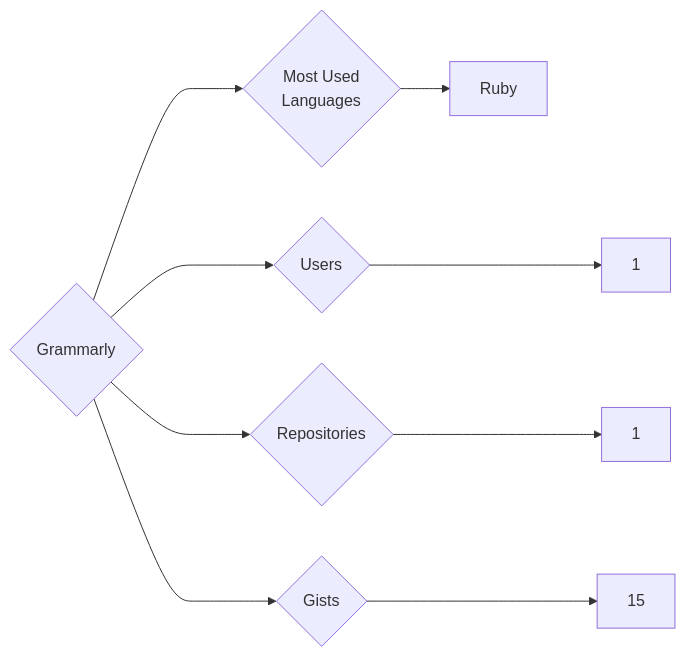
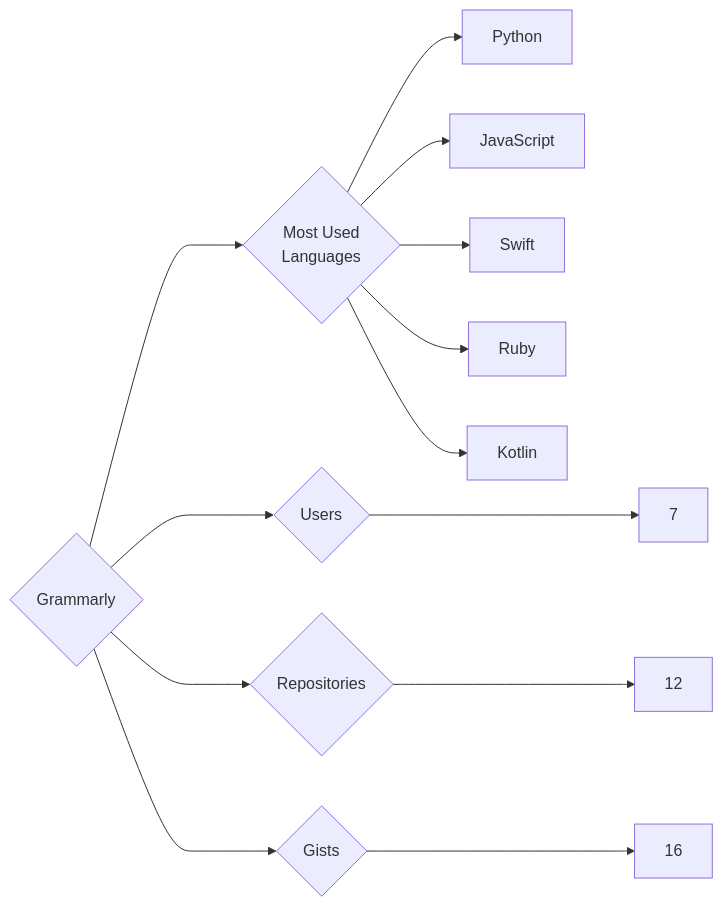
Before and after one commit to trickest/insiders: the diagram in targets/Grammarly/README.md, drawn with Mermaid. The commit also changed 993 other files, not shown here.

````diff
--- a/targets/Grammarly/README.md
+++ b/targets/Grammarly/README.md
@@ -3,9 +3,13 @@
 ```mermaid
 graph LR
 COMPANY_NAME{Grammarly}
-COMPANY_NAME ---> U{Users} ---> UN[1]
-COMPANY_NAME ---> R{Repositories} ---> RN[1]
-COMPANY_NAME ---> G{Gists} ---> GN[15]
+COMPANY_NAME ---> U{Users} ---> UN[7]
+COMPANY_NAME ---> R{Repositories} ---> RN[12]
+COMPANY_NAME ---> G{Gists} ---> GN[16]
 COMPANY_NAME ---> ML{Most Used<br>Languages}
+ML --> Python[Python]
+ML --> JavaScript[JavaScript]
+ML --> Swift[Swift]
 ML --> Ruby[Ruby]
+ML --> Kotlin[Kotlin]
 ```
````
